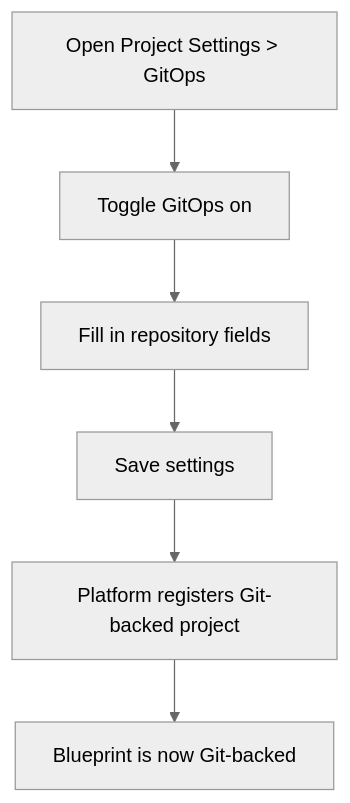
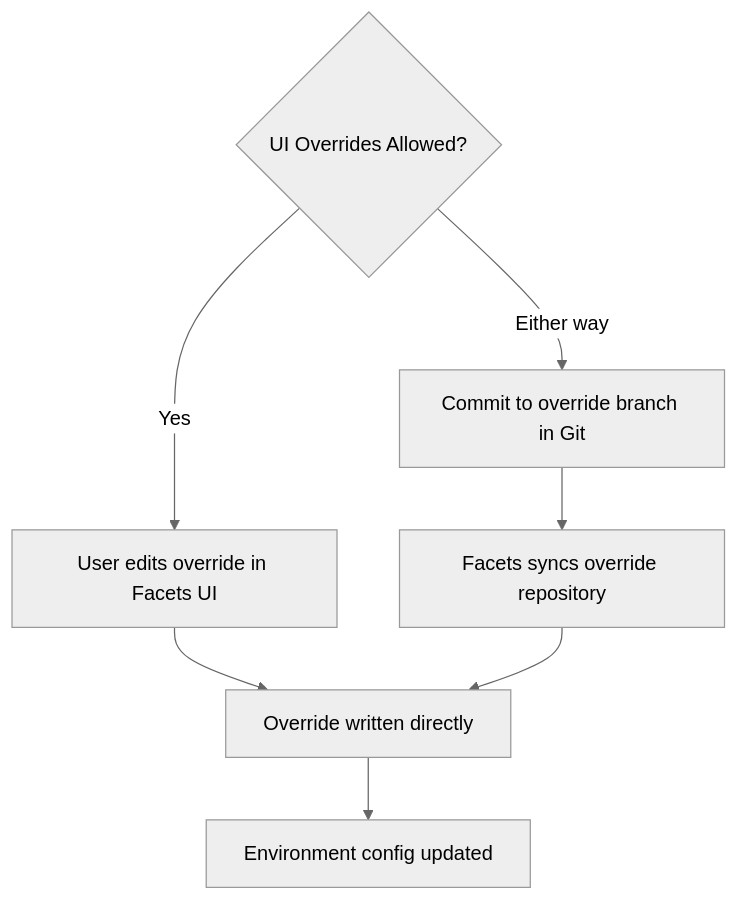
Before and after one commit to Facets-cloud/facets-docs: the diagram in docs/project/gitops-for-overrides.md, drawn with Mermaid (neutral theme). The commit also changed other lines of this file and 3 other files, not shown here.

````diff
--- a/docs/project/gitops-for-overrides.md
+++ b/docs/project/gitops-for-overrides.md
@@ -32,8 +51,9 @@
 ```mermaid
 flowchart TD
-    A[Open Project Settings > GitOps] --> B[Toggle GitOps on]
-    B --> C[Fill in repository fields]
-    C --> D[Save settings]
-    D --> E[Platform registers Git-backed project]
-    E --> F[Blueprint is now Git-backed]
+    A{UI Overrides Allowed?} -->|Yes| B[User edits override in Facets UI]
+    A -->|Either way| C[Commit to override branch in Git]
+    B --> D[Override written directly]
+    C --> E[Facets syncs override repository]
+    E --> D
+    D --> F[Environment config updated]
 ```
````
